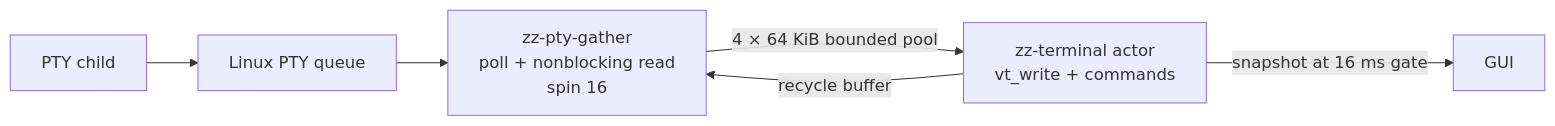
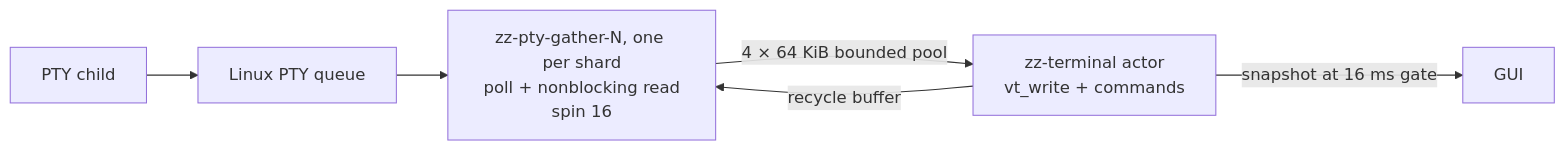
One commit to autistic-computer/zebrilus changed the fourth of 5 diagrams in knowledge/terminal/pty-drain.md. Above: the diagram before and after it, drawn with Mermaid. The commit also changed other lines of this file and 4 other files, not shown here.

Commit message:
Read Linux PTYs on one gather thread per shard

````diff
--- a/knowledge/terminal/pty-drain.md
+++ b/knowledge/terminal/pty-drain.md
@@ -157,8 +163,8 @@
 ```mermaid
 flowchart LR
     child["PTY child"] --> kernel["Linux PTY queue"]
-    kernel --> gather["zz-pty-gather<br/>poll + nonblocking read<br/>spin 16"]
+    kernel --> gather["zz-pty-gather-N, one per shard<br/>poll + nonblocking read<br/>spin 16"]
     gather -->|"4 × 64 KiB bounded pool"| actor["zz-terminal actor<br/>vt_write + commands"]
     actor -->|"recycle buffer"| gather
     actor -->|"snapshot at 16 ms gate"| render["GUI"]
 ```
````
